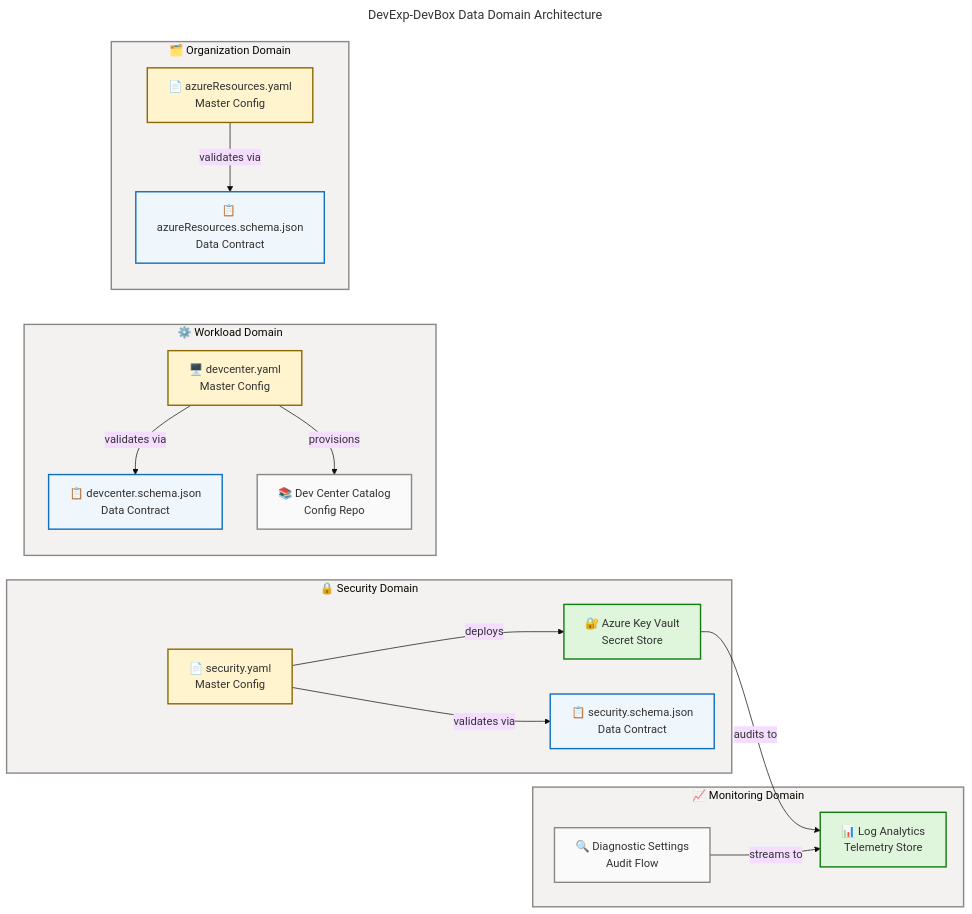
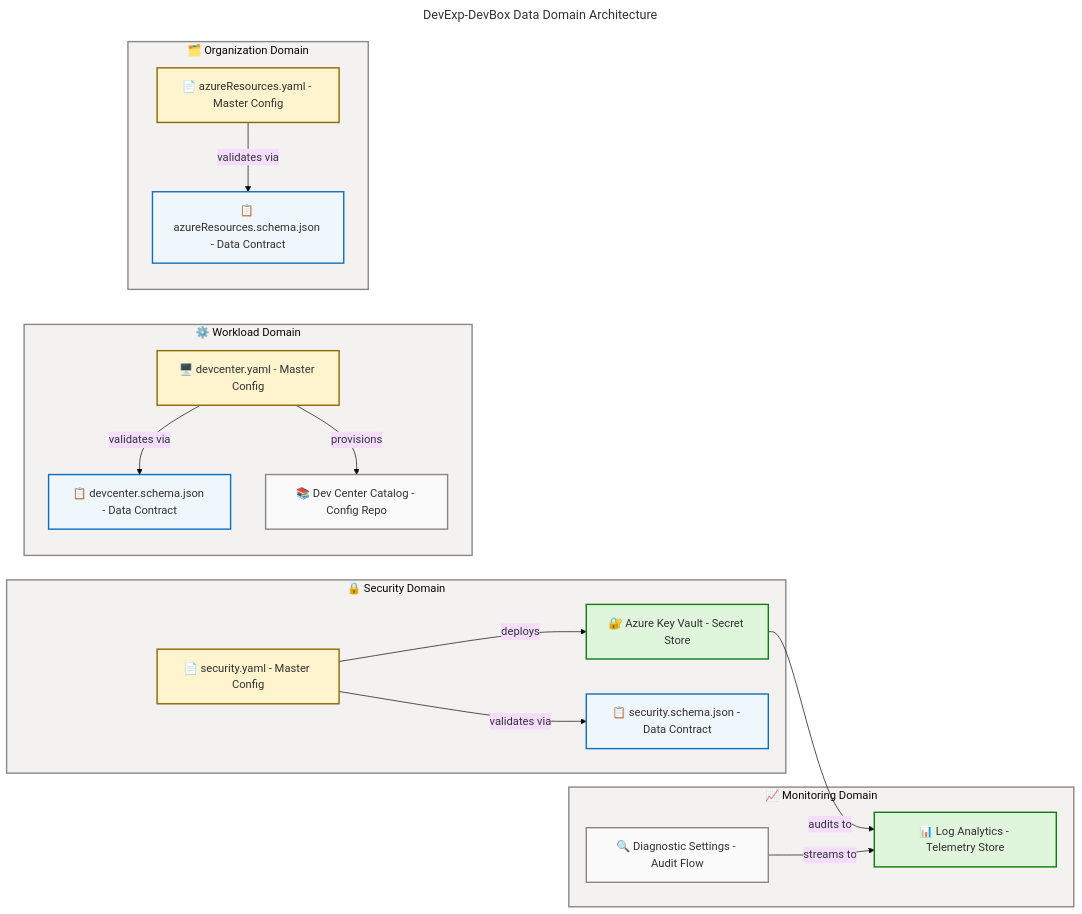
The first of 3 diagrams in docs/architecture/data-architecture.md (Evilazaro/DevExp-DevBox), drawn with Mermaid before and after one commit. The commit also changed other lines of this file, not shown here.

Commit message:
refactor: remove outdated YAML data layer analysis and improve flowchart descriptions for clarity

````diff
--- a/docs/architecture/data-architecture.md
+++ b/docs/architecture/data-architecture.md
@@ -259,70 +214,70 @@
 ```mermaid
 ---
 title: DevExp-DevBox Data Domain Architecture
 config:
   theme: base
   look: classic
   layout: dagre
   themeVariables:
     fontSize: '16px'
 ---
 flowchart LR
     accTitle: DevExp-DevBox Data Domain Architecture
     accDescr: Shows four data domains (Security, Monitoring, Workload, Organization) with their key data assets and inter-domain relationships
 
     %% ═══════════════════════════════════════════════════════════════════════════
     %% AZURE / FLUENT ARCHITECTURE PATTERN v1.1
     %% (Semantic + Structural + Font + Accessibility Governance)
     %% ═══════════════════════════════════════════════════════════════════════════
     %% PHASE 1 - STRUCTURAL: Direction LR, flat topology, nesting = 1
     %% PHASE 2 - SEMANTIC: Colors justified, 4 semantic classes, neutral-first
     %% PHASE 3 - FONT: Dark text on light backgrounds, contrast >= 4.5:1
     %% PHASE 4 - ACCESSIBILITY: accTitle/accDescr present
     %% PHASE 5 - STANDARD: Governance block present, classDefs centralized
     %% ═══════════════════════════════════════════════════════════════════════════
 
     subgraph SEC_DOMAIN["🔒 Security Domain"]
-        KV["🔐 Azure Key Vault<br/>Secret Store"]
-        SECSCHEMA["📋 security.schema.json<br/>Data Contract"]
-        SECYAML["📄 security.yaml<br/>Master Config"]
+        KV["🔐 Azure Key Vault - Secret Store"]
+        SECSCHEMA["📋 security.schema.json - Data Contract"]
+        SECYAML["📄 security.yaml - Master Config"]
     end
 
     subgraph MON_DOMAIN["📈 Monitoring Domain"]
-        LAW["📊 Log Analytics<br/>Telemetry Store"]
-        DIAGSETTINGS["🔍 Diagnostic Settings<br/>Audit Flow"]
+        LAW["📊 Log Analytics - Telemetry Store"]
+        DIAGSETTINGS["🔍 Diagnostic Settings - Audit Flow"]
     end
 
     subgraph WL_DOMAIN["⚙️ Workload Domain"]
-        DEVCENTERCFG["🖥️ devcenter.yaml<br/>Master Config"]
-        CATALOG["📚 Dev Center Catalog<br/>Config Repo"]
-        DCSCHEMA["📋 devcenter.schema.json<br/>Data Contract"]
+        DEVCENTERCFG["🖥️ devcenter.yaml - Master Config"]
+        CATALOG["📚 Dev Center Catalog - Config Repo"]
+        DCSCHEMA["📋 devcenter.schema.json - Data Contract"]
     end
 
     subgraph ORG_DOMAIN["🗂️ Organization Domain"]
-        RESORG["📄 azureResources.yaml<br/>Master Config"]
-        RESORGSCHEMA["📋 azureResources.schema.json<br/>Data Contract"]
+        RESORG["📄 azureResources.yaml - Master Config"]
+        RESORGSCHEMA["📋 azureResources.schema.json - Data Contract"]
     end
 
     SECYAML -->|"validates via"| SECSCHEMA
     DEVCENTERCFG -->|"validates via"| DCSCHEMA
     RESORG -->|"validates via"| RESORGSCHEMA
     SECYAML -->|"deploys"| KV
     KV -->|"audits to"| LAW
     DIAGSETTINGS -->|"streams to"| LAW
     DEVCENTERCFG -->|"provisions"| CATALOG
 
     style SEC_DOMAIN fill:#F3F2F1,stroke:#8A8886,stroke-width:2px
     style MON_DOMAIN fill:#F3F2F1,stroke:#8A8886,stroke-width:2px
     style WL_DOMAIN fill:#F3F2F1,stroke:#8A8886,stroke-width:2px
     style ORG_DOMAIN fill:#F3F2F1,stroke:#8A8886,stroke-width:2px
 
     classDef store fill:#DFF6DD,stroke:#107C10,stroke-width:2px,color:#323130
     classDef contract fill:#EFF6FC,stroke:#106EBE,stroke-width:2px,color:#323130
     classDef config fill:#FFF4CE,stroke:#8A6A00,stroke-width:2px,color:#323130
     classDef service fill:#FAFAFA,stroke:#8A8886,stroke-width:2px,color:#323130
 
     class KV,LAW store
     class SECSCHEMA,DCSCHEMA,RESORGSCHEMA contract
     class SECYAML,DEVCENTERCFG,RESORG config
     class DIAGSETTINGS,CATALOG service
 ```
````
